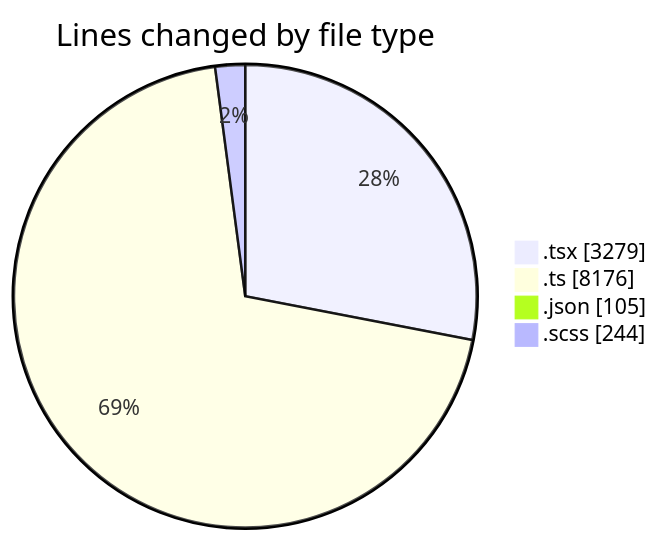
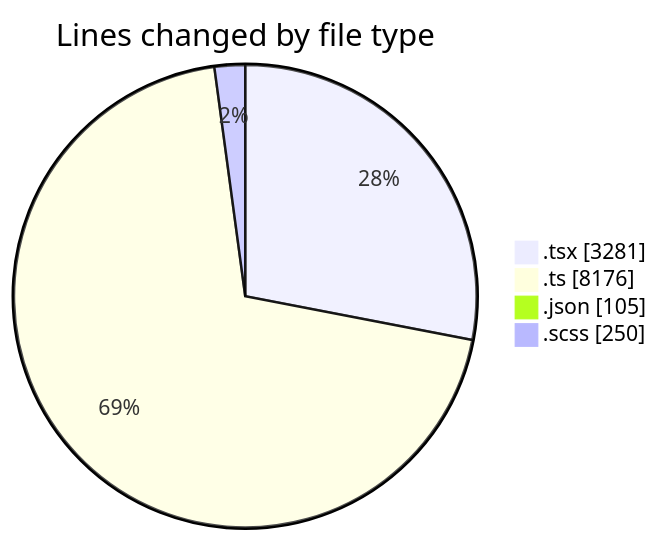
Before and after one commit to momahboobian/code-tracking: the first of 2 diagrams in 2025-07-09/cda/README.md, drawn with Mermaid. The commit also changed other lines of this file and 1 other file, not shown here.

````diff
--- a/2025-07-09/cda/README.md
+++ b/2025-07-09/cda/README.md
@@ -39,8 +39,8 @@
 ```mermaid
 pie showData
 title Lines changed by file type
-".tsx" : 3279
+".tsx" : 3281
 ".ts" : 8176
 ".json" : 105
-".scss" : 244
+".scss" : 250
 ```
````
